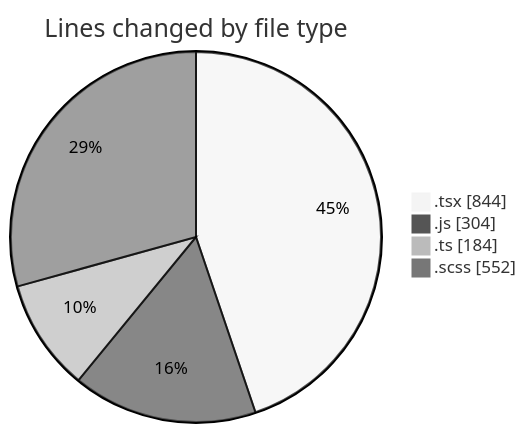
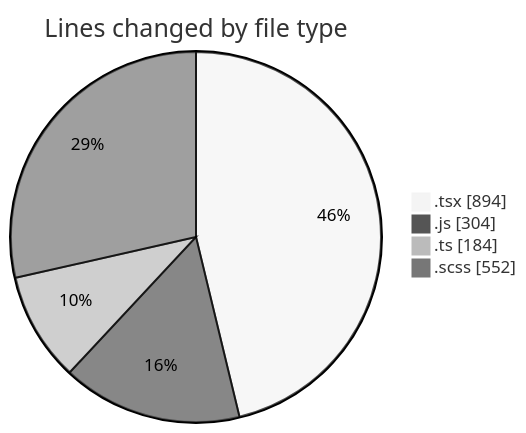
Before and after one commit to momahboobian/code-tracking: the first of 2 diagrams in 2025-02-26/cda/README.md, drawn with Mermaid (neutral theme). The commit also changed other lines of this file and 1 other file, not shown here.

````diff
--- a/2025-02-26/cda/README.md
+++ b/2025-02-26/cda/README.md
@@ -37,8 +37,8 @@
 ```mermaid
 pie showData
 title Lines changed by file type
-".tsx" : 844
+".tsx" : 894
 ".js" : 304
 ".ts" : 184
 ".scss" : 552
 ```
````
